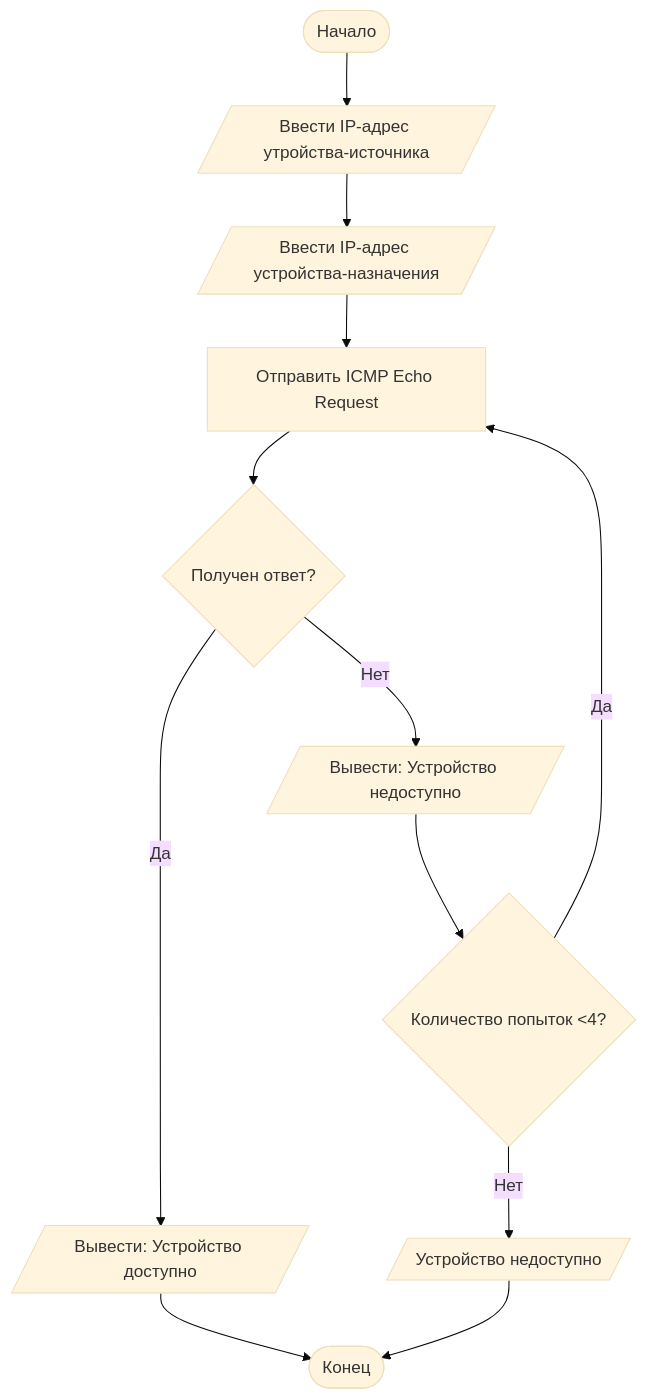
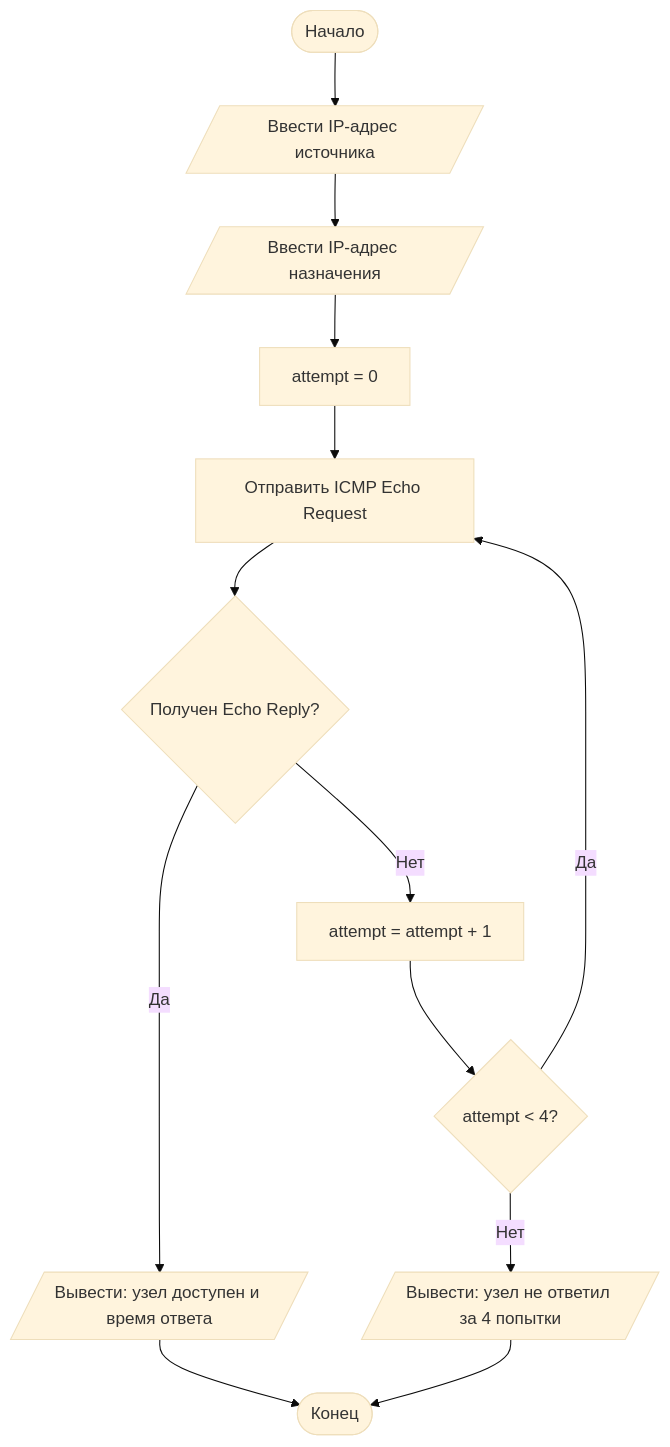
Before and after one commit to aver1x/OAIP: the first of 4 diagrams in Отчеты/deadline 1/Отчёт 2 Ибатуллин Денис 324СА.md, drawn with Mermaid (base theme). The commit also changed other lines of this file and 1 other file, not shown here.

````diff
--- a/Отчеты/deadline 1/Отчёт 2 Ибатуллин Денис 324СА.md
+++ b/Отчеты/deadline 1/Отчёт 2 Ибатуллин Денис 324СА.md
@@ -2,25 +3,15 @@
-~~~mermaid
+```mermaid
 flowchart TD
-
-    A([Начало]) --> B[/Ввести IP-адрес утройства-источника/]
-
-    B --> C[/Ввести IP-адрес устройства-назначения/]
-
-    C --> D[Отправить ICMP Echo Request]
-
-    D --> E{Получен ответ?}
-
-    E -- Да --> F[/Вывести: Устройство доступно/]
-
-    E -- Нет --> G[/Вывести: Устройство недоступно/]
-
-    G --> H{Количество попыток <4?}
-
-    H -- Да -->D
-
-    H -- Нет --> I[/Устройство недоступно/]
-
-    I --> J
-
-    F -->J([Конец])
-~~~
+    A([Начало]) --> B[/Ввести IP-адрес источника/]
+    B --> C[/Ввести IP-адрес назначения/]
+    C --> D[attempt = 0]
+    D --> E[Отправить ICMP Echo Request]
+    E --> F{Получен Echo Reply?}
+    F -- Да --> G[/Вывести: узел доступен и время ответа/]
+    G --> H([Конец])
+    F -- Нет --> I[attempt = attempt + 1]
+    I --> J{"attempt < 4?"}
+    J -- Да --> E
+    J -- Нет --> K[/Вывести: узел не ответил за 4 попытки/]
+    K --> H
+```
````
